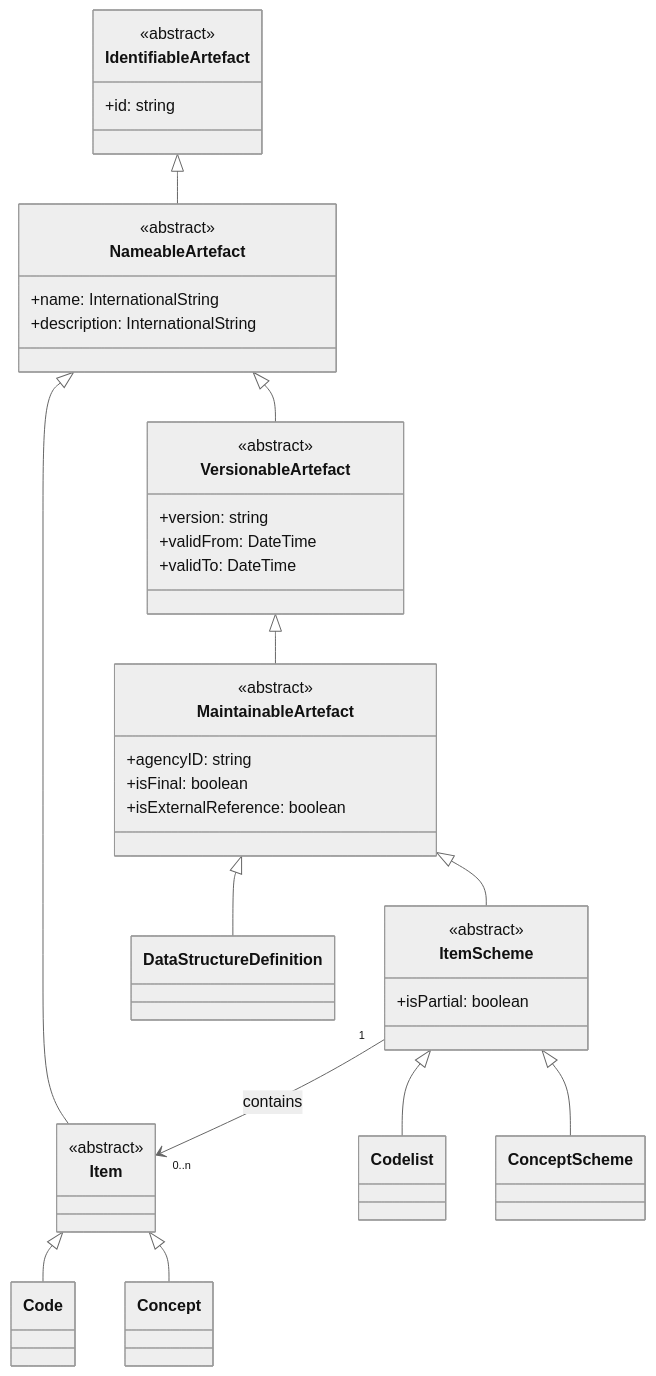
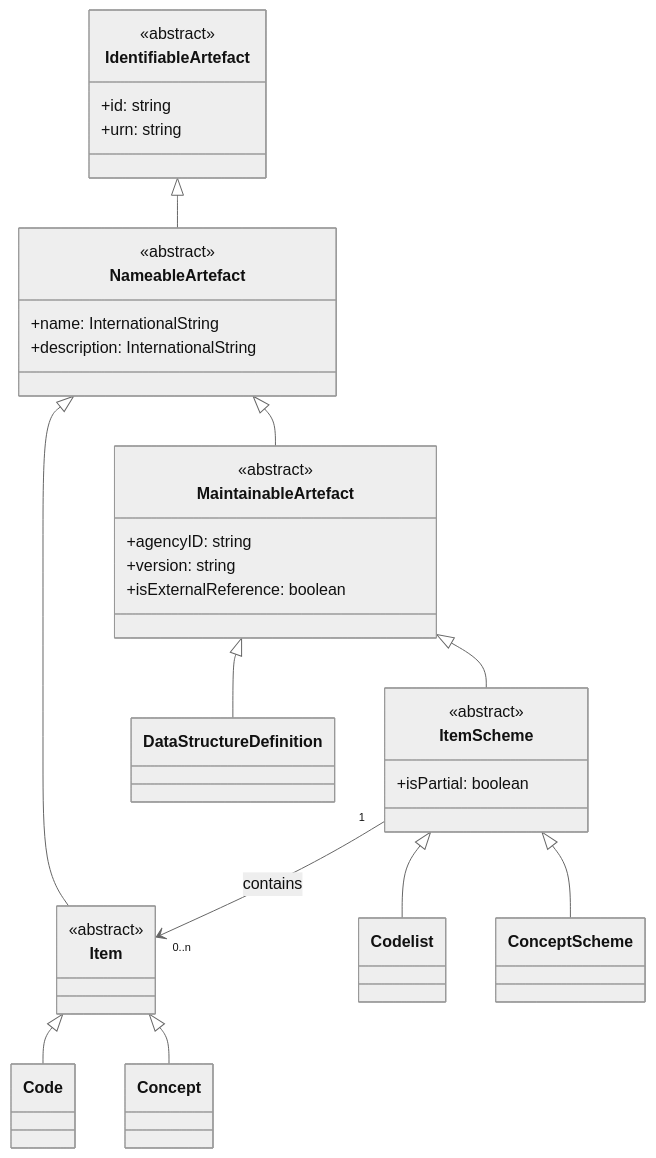
The first of 3 diagrams in docs/models-relationships/00_basics/01_base_comparison.md (sdmx-twg/wp-sdmx-dpm), drawn with Mermaid (neutral theme) before and after one commit. The commit also changed other lines of this file, not shown here.

Commit message:
proposed changes to the SDMX IM

````diff
--- a/docs/models-relationships/00_basics/01_base_comparison.md
+++ b/docs/models-relationships/00_basics/01_base_comparison.md
@@ -48,63 +48,56 @@
 ```mermaid
 classDiagram
   class IdentifiableArtefact {
     <<abstract>>
     +id: string
+    +urn: string
   }
 
   class NameableArtefact {
     <<abstract>>
     +name: InternationalString
     +description: InternationalString
   }
 
-  class VersionableArtefact {
-    <<abstract>>
-    +version: string
-    +validFrom: DateTime
-    +validTo: DateTime
-  }
-
   class MaintainableArtefact {
     <<abstract>>
     +agencyID: string
-    +isFinal: boolean
+    +version: string
     +isExternalReference: boolean
   }
 
   class ItemScheme {
     <<abstract>>
     +isPartial: boolean
   }
 
   class Item {
     <<abstract>>
   }
 
   class Codelist {
   }
 
   class Code {
   }
 
   class ConceptScheme {
   }
 
   class Concept {
   }
 
   class DataStructureDefinition {
   }
 
   IdentifiableArtefact <|-- NameableArtefact
-  NameableArtefact <|-- VersionableArtefact
-  VersionableArtefact <|-- MaintainableArtefact
+  NameableArtefact <|-- MaintainableArtefact
   MaintainableArtefact <|-- ItemScheme
   MaintainableArtefact <|-- DataStructureDefinition
   NameableArtefact <|-- Item
   ItemScheme <|-- Codelist
   ItemScheme <|-- ConceptScheme
   Item <|-- Code
   Item <|-- Concept
   ItemScheme "1" --> "0..n" Item : contains
 ```
````
